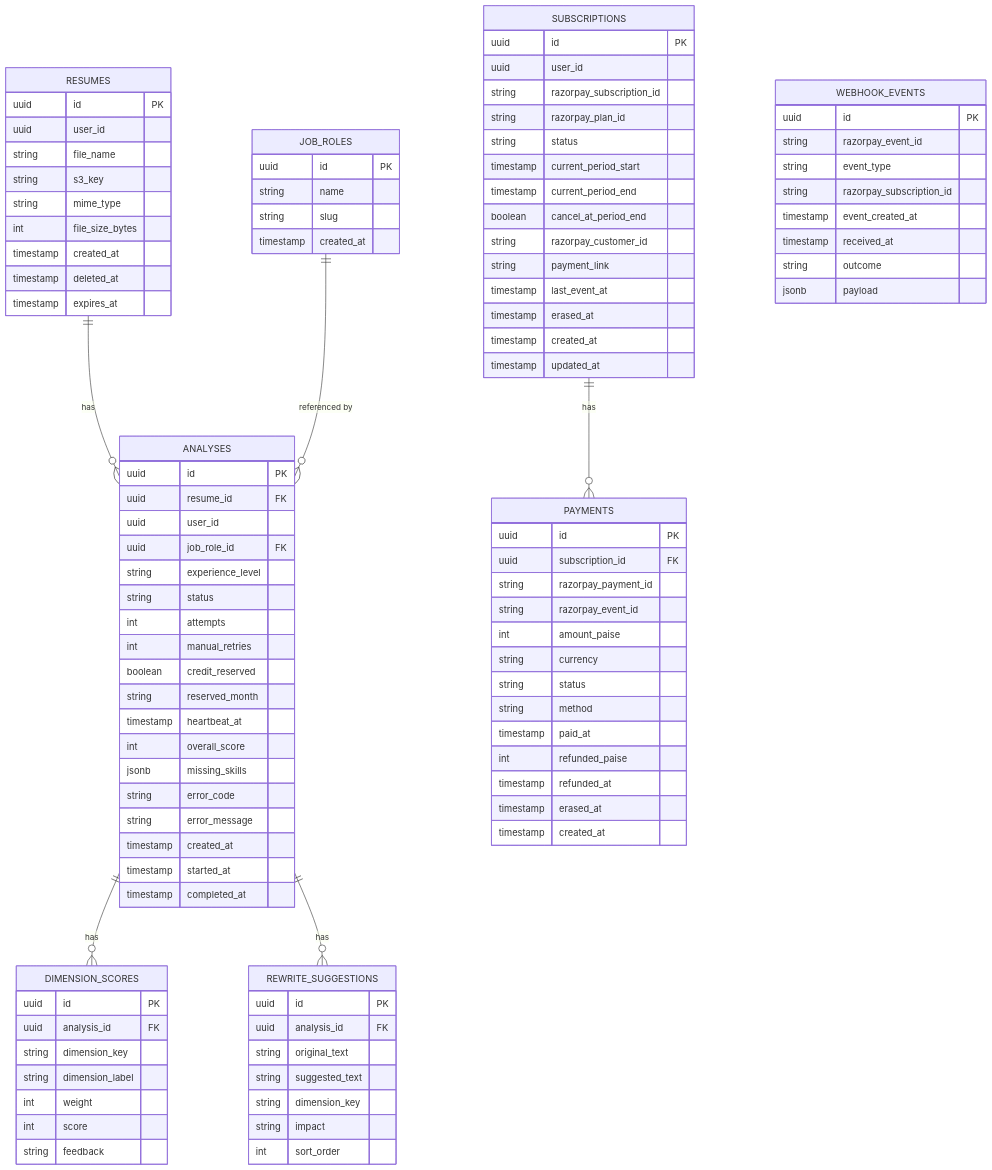
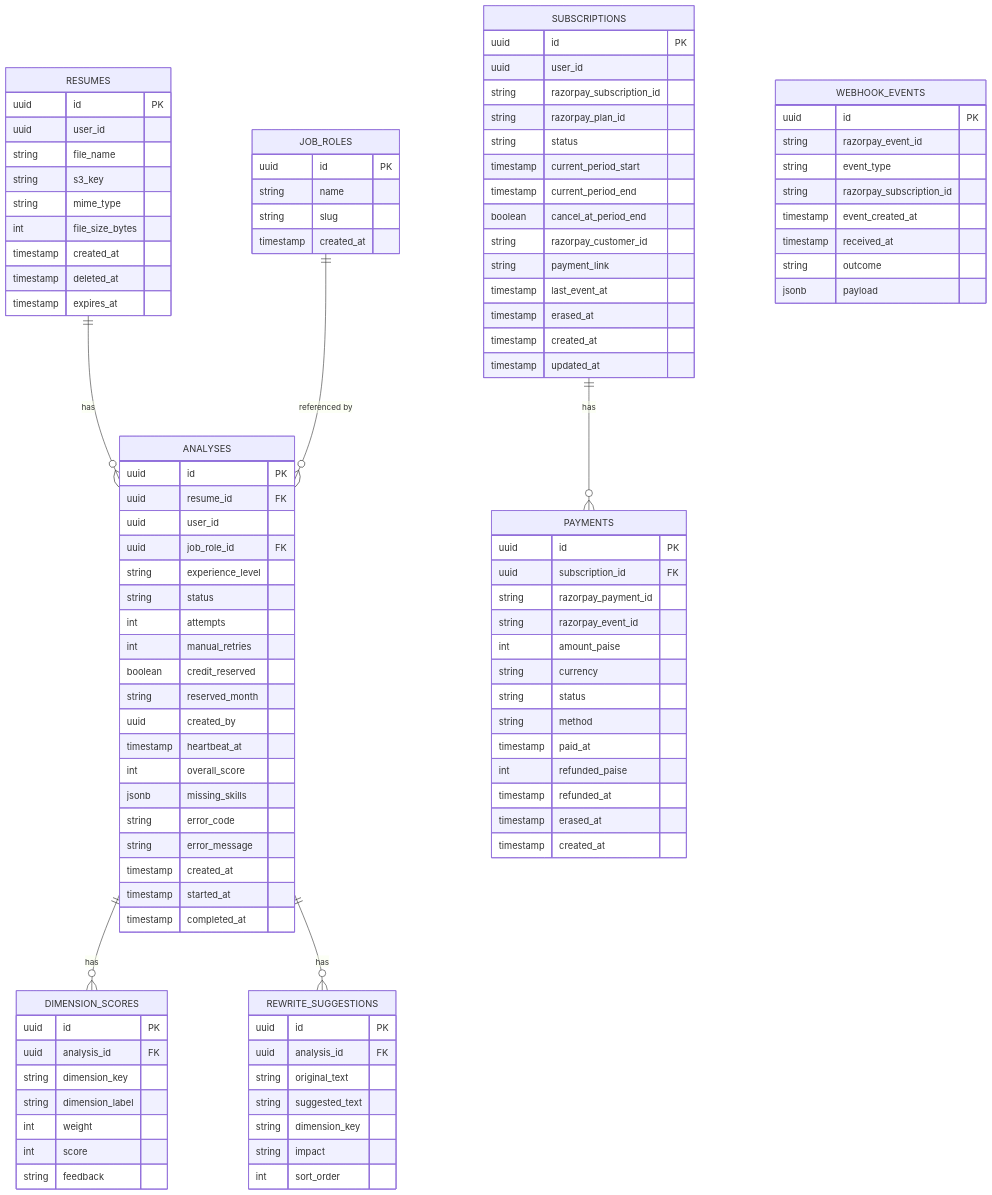
Before and after one commit to divii-school/spec-homework: the sixth of 6 diagrams in sovan/spec.md, drawn with Mermaid. The commit also changed other lines of this file, not shown here.

```diff
--- a/sovan/spec.md
+++ b/sovan/spec.md
@@ -620,6 +626,7 @@
         int manual_retries
         boolean credit_reserved
         string reserved_month
+        uuid created_by
         timestamp heartbeat_at
         int overall_score
         jsonb missing_skills
```
